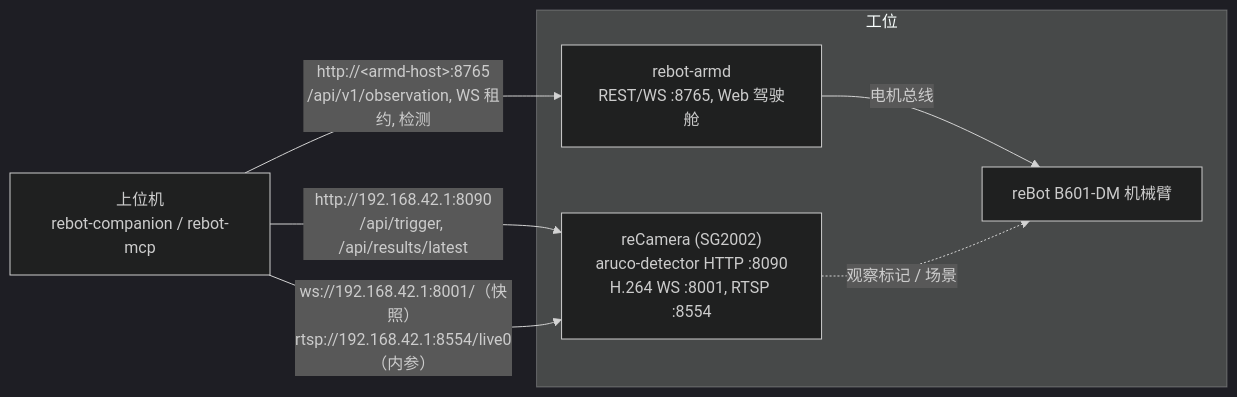
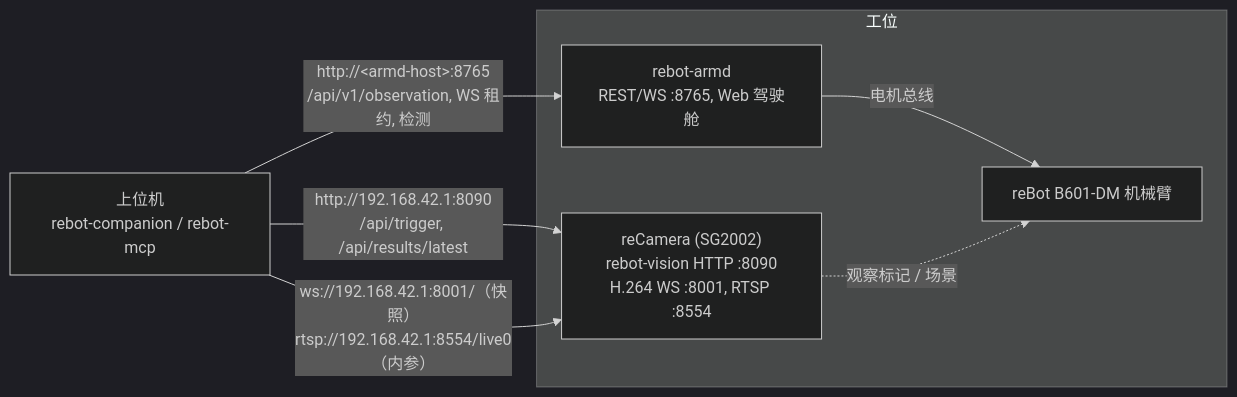
Before and after one commit to Seeed-Solution/rebot-companion: the diagram in README.zh-CN.md, drawn with Mermaid (dark theme). The commit also changed other lines of this file and 1 other file, not shown here.

First line of the commit message:
docs: rebot-vision as the camera provider, cockpit lease behaviour, intrinsics target

````diff
--- a/README.zh-CN.md
+++ b/README.zh-CN.md
@@ -200,14 +201,14 @@
 ```mermaid
 flowchart LR
     subgraph Bench["工位"]
-        CAM["reCamera (SG2002)<br/>aruco-detector HTTP :8090<br/>H.264 WS :8001, RTSP :8554"]
+        CAM["reCamera (SG2002)<br/>rebot-vision HTTP :8090<br/>H.264 WS :8001, RTSP :8554"]
         ARMD["rebot-armd<br/>REST/WS :8765, Web 驾驶舱"]
         ARM["reBot B601-DM 机械臂"]
     end
     PC["上位机<br/>rebot-companion / rebot-mcp"]
     ARMD -- "电机总线" --> ARM
     CAM -. "观察标记 / 场景" .-> ARM
     PC -- "http://192.168.42.1:8090<br/>/api/trigger, /api/results/latest" --> CAM
     PC -- "ws://192.168.42.1:8001/（快照）<br/>rtsp://192.168.42.1:8554/live0（内参）" --> CAM
     PC -- "http://&lt;armd-host&gt;:8765<br/>/api/v1/observation, WS 租约, 检测" --> ARMD
 ```
````
